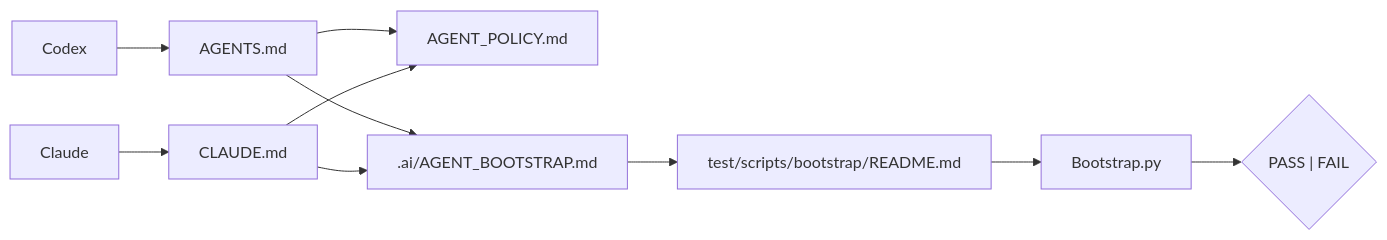
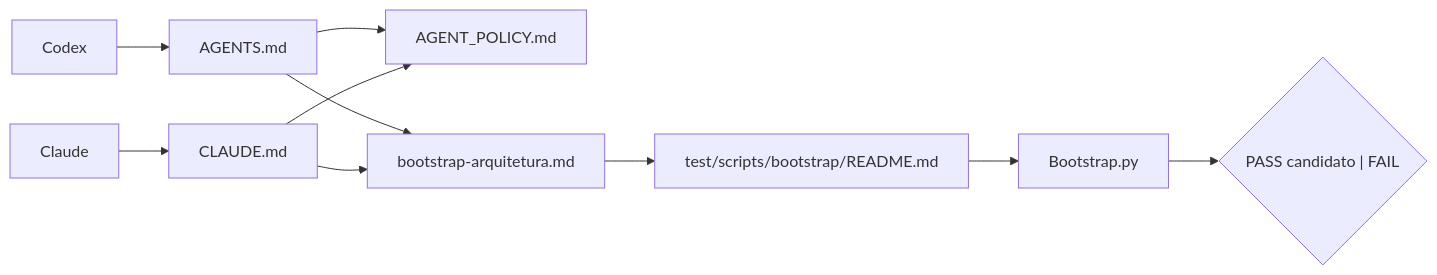
One commit to cepraea/beach-pro changed the fifth of 7 diagrams in test/scripts/bootstrap/README.md. Above: the diagram before and after it, drawn with Mermaid. The commit also changed other lines of this file and 10 other files, not shown here.

````diff
--- a/test/scripts/bootstrap/README.md
+++ b/test/scripts/bootstrap/README.md
@@ -1358,16 +1429,16 @@
 ```mermaid
 flowchart LR
     C["Codex"] --> A["AGENTS.md"]
     CL["Claude"] --> CM["CLAUDE.md"]
 
     A --> P["AGENT_POLICY.md"]
     CM --> P
 
-    A --> B[".ai/AGENT_BOOTSTRAP.md"]
+    A --> B["bootstrap-arquitetura.md"]
     CM --> B
 
     B --> R["test/scripts/bootstrap/README.md"]
     R --> PY["Bootstrap.py"]
 
-    PY --> G{"PASS | FAIL"}
+    PY --> G{"PASS candidato | FAIL"}
 ```
````
